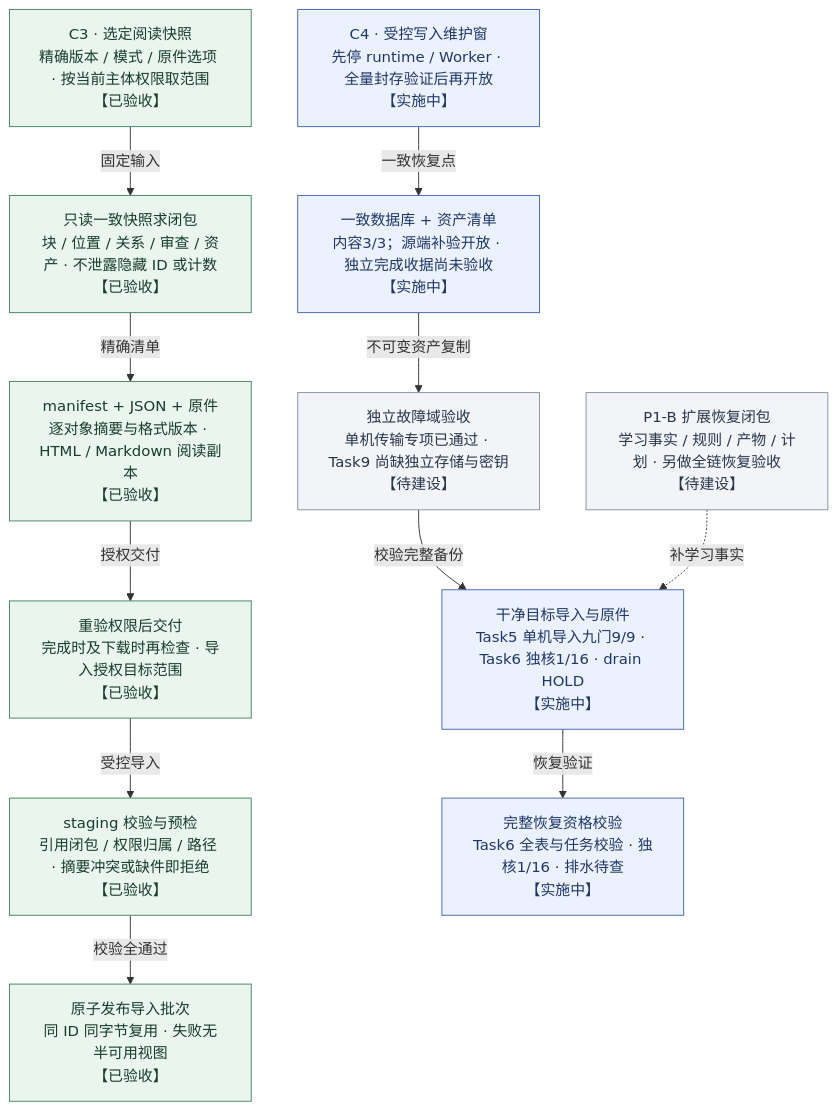
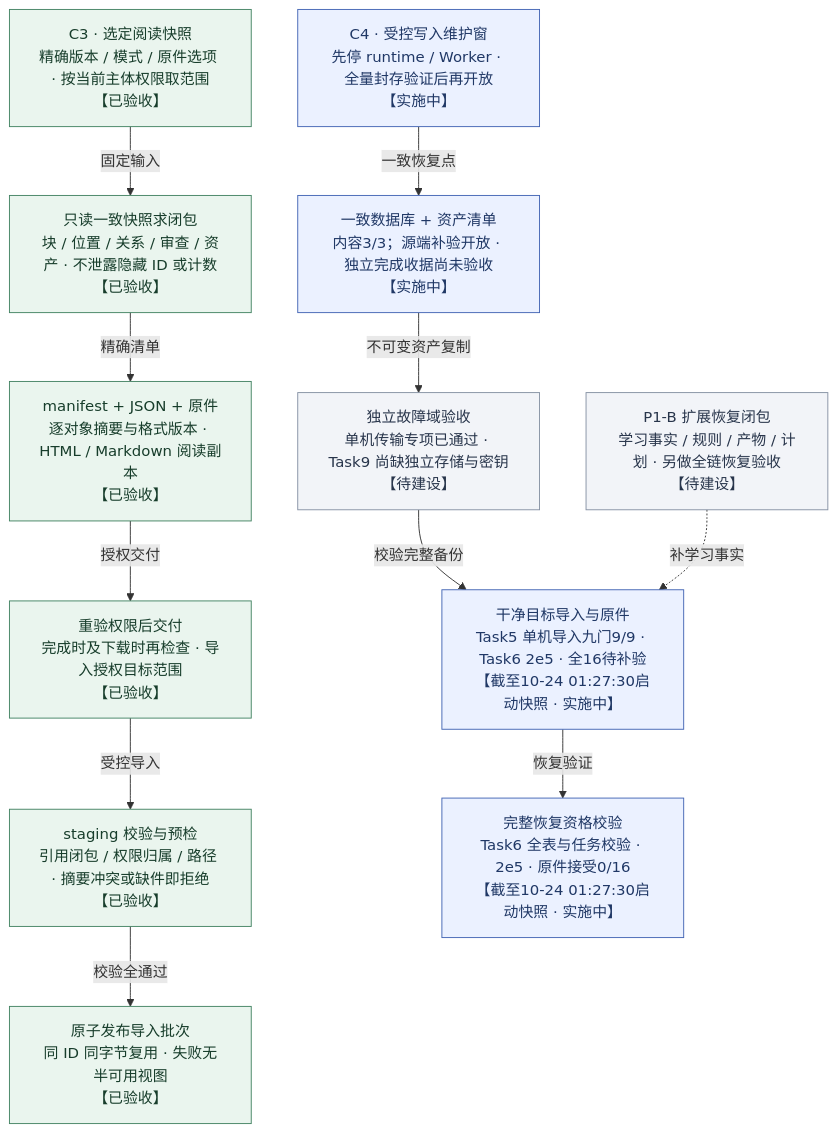
One commit to MansurnamedZhang/learning-system-p0c4 changed the diagram in docs/diagrams/knowweave-portability.mmd. Above: the diagram before and after it, drawn with Mermaid. The commit also changed 11 other files, not shown here.

```diff
--- a/docs/diagrams/knowweave-portability.mmd
+++ b/docs/diagrams/knowweave-portability.mmd
@@ -1,30 +1,30 @@
 flowchart TB
     view["C3 · 选定阅读快照<br/>精确版本 / 模式 / 原件选项 · 按当前主体权限取范围<br/>【已验收】"]
     closure["只读一致快照求闭包<br/>块 / 位置 / 关系 / 审查 / 资产 · 不泄露隐藏 ID 或计数<br/>【已验收】"]
     bundle["manifest + JSON + 原件<br/>逐对象摘要与格式版本 · HTML / Markdown 阅读副本<br/>【已验收】"]
     visible["原子发布导入批次<br/>同 ID 同字节复用 · 失败无半可用视图<br/>【已验收】"]
     preflight["staging 校验与预检<br/>引用闭包 / 权限归属 / 路径 · 摘要冲突或缺件即拒绝<br/>【已验收】"]
     delivery["重验权限后交付<br/>完成时及下载时再检查 · 导入授权目标范围<br/>【已验收】"]
     pause["C4 · 受控写入维护窗<br/>先停 runtime / Worker · 全量封存验证后再开放<br/>【实施中】"]
     backup["一致数据库 + 资产清单<br/>内容3/3；源端补验开放 · 独立完成收据尚未验收<br/>【实施中】"]
     copy["独立故障域验收<br/>单机传输专项已通过 · Task9 尚缺独立存储与密钥<br/>【待建设】"]
-    check["完整恢复资格校验<br/>Task6 全表与任务校验 · 独核1/16 · 排水待查<br/>【实施中】"]
-    restore["干净目标导入与原件<br/>Task5 单机导入九门9/9 · Task6 独核1/16 · drain HOLD<br/>【实施中】"]
+    check["完整恢复资格校验<br/>Task6 全表与任务校验 · 2e5 · 原件接受0/16<br/>【截至10-24 01:27:30启动快照 · 实施中】"]
+    restore["干净目标导入与原件<br/>Task5 单机导入九门9/9 · Task6 2e5 · 全16待补验<br/>【截至10-24 01:27:30启动快照 · 实施中】"]
     future["P1-B 扩展恢复闭包<br/>学习事实 / 规则 / 产物 / 计划 · 另做全链恢复验收<br/>【待建设】"]
     view -- "固定输入" --> closure
     closure -- "精确清单" --> bundle
     bundle -- "授权交付" --> delivery
     delivery -- "受控导入" --> preflight
     preflight -- "校验全通过" --> visible
     pause -- "一致恢复点" --> backup
     backup -- "不可变资产复制" --> copy
     copy -- "校验完整备份" --> restore
     restore -- "恢复验证" --> check
     future -. "补学习事实" .-> restore
     class view,closure,bundle,visible,preflight,delivery done
     class pause,backup,check,restore next
     class copy,future planned
     classDef done fill:#eaf5ee,stroke:#438363,color:#173d2b
     classDef next fill:#ebf1ff,stroke:#4365b4,color:#203866
     classDef planned fill:#f2f4f8,stroke:#8591a3,color:#28354b
     classDef optional fill:#f3ecfb,stroke:#9271b0,color:#4a3362
```
